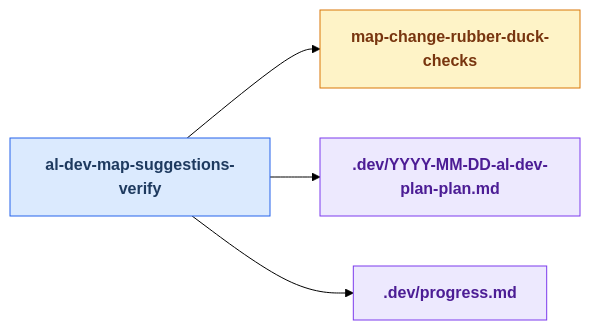
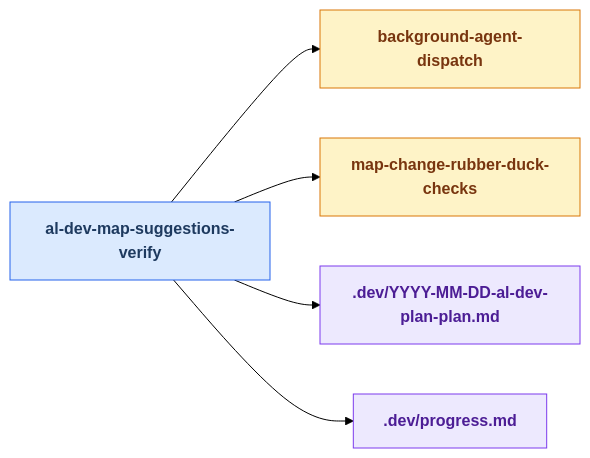
Before and after one commit to russell-laing/al-dev-shared: diagram 25 of 26 in docs/al-dev-skills-map.md, drawn with Mermaid (forest theme). The commit also changed other lines of this file and 2 other files, not shown here.

````diff
--- a/docs/al-dev-skills-map.md
+++ b/docs/al-dev-skills-map.md
@@ -1059,22 +1085,25 @@
 ```mermaid
 flowchart LR
     classDef skillNode fill:#dbeafe,stroke:#2563eb,color:#1e3a5f,font-weight:bold
     classDef agentNode fill:#d1fae5,stroke:#059669,color:#064e3b,font-weight:bold
     classDef knowledgeNode fill:#fef3c7,stroke:#d97706,color:#78350f,font-weight:bold
     classDef artifactNode fill:#ede9fe,stroke:#7c3aed,color:#4c1d95,font-weight:bold
     classDef phaseNode fill:#e0e7ff,stroke:#6366f1,color:#312e81,font-weight:bold
 
     skill_al_dev_map_suggestions_verify[al-dev-map-suggestions-verify]
+    knowledge_background_agent_dispatch_md[background-agent-dispatch]
     knowledge_map_change_rubber_duck_checks_md[map-change-rubber-duck-checks]
     artifact_YYYY_MM_DD_al_dev_plan_plan_md[.dev/YYYY-MM-DD-al-dev-plan-plan.md]
     artifact_progress_md[.dev/progress.md]
 
+    skill_al_dev_map_suggestions_verify --> knowledge_background_agent_dispatch_md
     skill_al_dev_map_suggestions_verify --> knowledge_map_change_rubber_duck_checks_md
     skill_al_dev_map_suggestions_verify --> artifact_YYYY_MM_DD_al_dev_plan_plan_md
     skill_al_dev_map_suggestions_verify --> artifact_progress_md
 
     class skill_al_dev_map_suggestions_verify skillNode
+    class knowledge_background_agent_dispatch_md knowledgeNode
     class knowledge_map_change_rubber_duck_checks_md knowledgeNode
     class artifact_YYYY_MM_DD_al_dev_plan_plan_md artifactNode
     class artifact_progress_md artifactNode
 ```
````
